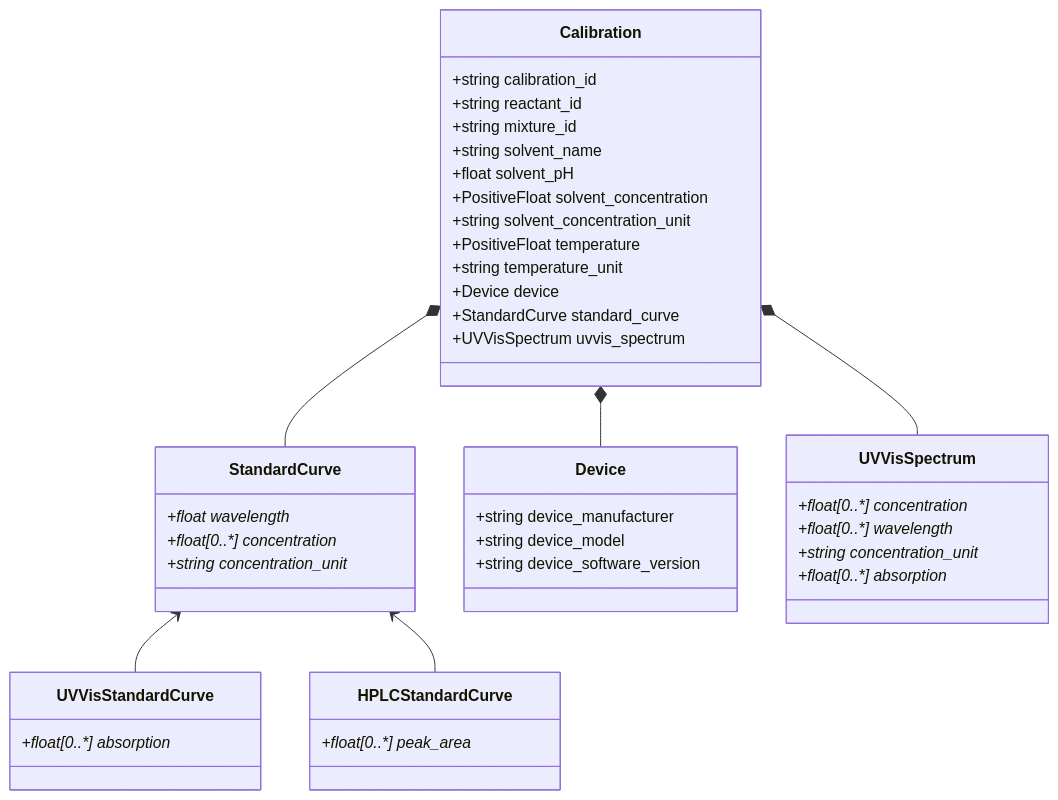
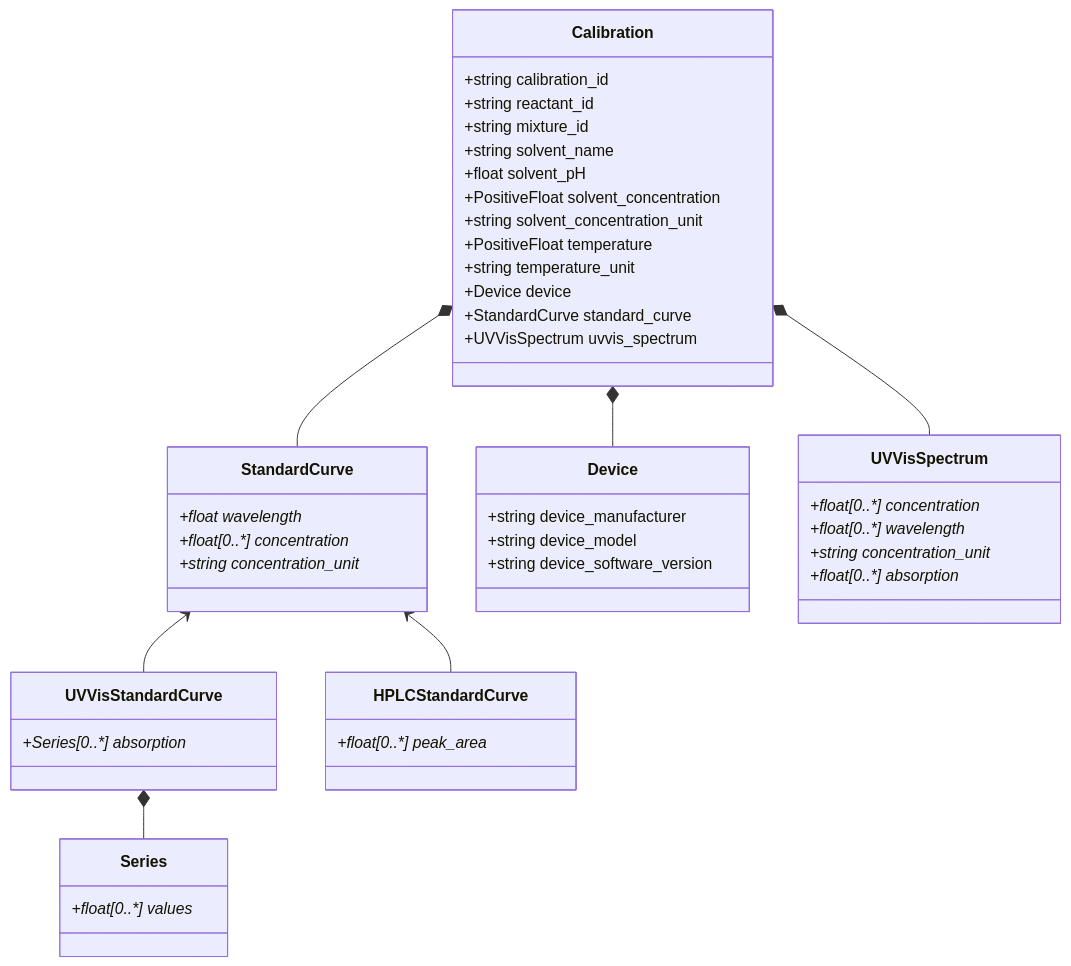
Before and after one commit to FAIRChemistry/datamodel_calibration: the diagram in datamodel_calibration/schemes/CalibrationDatamodel.md, drawn with Mermaid. The commit also changed 8 other files, not shown here.

````diff
--- a/datamodel_calibration/schemes/CalibrationDatamodel.md
+++ b/datamodel_calibration/schemes/CalibrationDatamodel.md
@@ -1,51 +1,56 @@
 ```mermaid
 classDiagram
     StandardCurve <-- UVVisStandardCurve
     StandardCurve <-- HPLCStandardCurve
     Calibration *-- Device
     Calibration *-- StandardCurve
     Calibration *-- UVVisSpectrum
+    UVVisStandardCurve *-- Series
     
     class Calibration {
         +string calibration_id
         +string reactant_id
         +string mixture_id
         +string solvent_name
         +float solvent_pH
         +PositiveFloat solvent_concentration
         +string solvent_concentration_unit
         +PositiveFloat temperature
         +string temperature_unit
         +Device device
         +StandardCurve standard_curve
         +UVVisSpectrum uvvis_spectrum
     }
     
     class Device {
         +string device_manufacturer
         +string device_model
         +string device_software_version
     }
     
     class StandardCurve {
         +float wavelength*
         +float[0..*] concentration*
         +string concentration_unit*
     }
     
     class UVVisStandardCurve {
-        +float[0..*] absorption*
+        +Series[0..*] absorption*
+    }
+    
+    class Series {
+        +float[0..*] values*
     }
     
     class HPLCStandardCurve {
         +float[0..*] peak_area*
     }
     
     class UVVisSpectrum {
         +float[0..*] concentration*
         +float[0..*] wavelength*
         +string concentration_unit*
         +float[0..*] absorption*
     }
     
 ```
````
